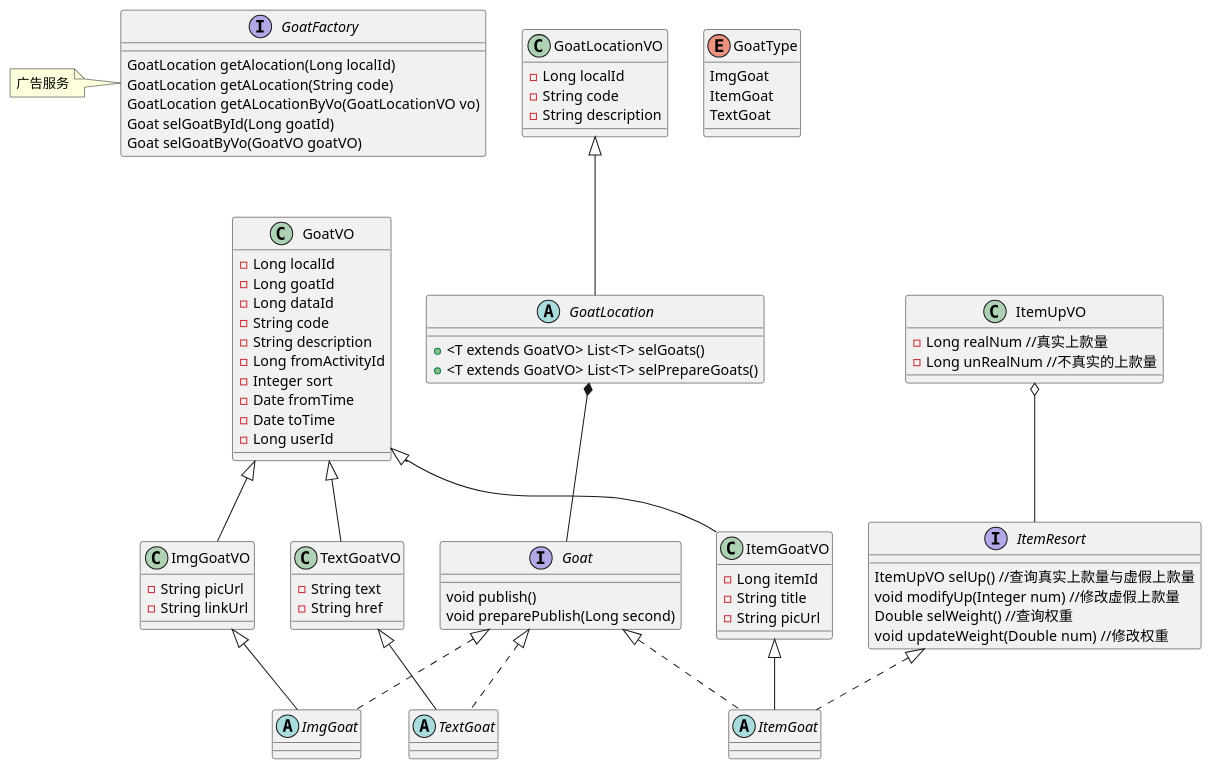
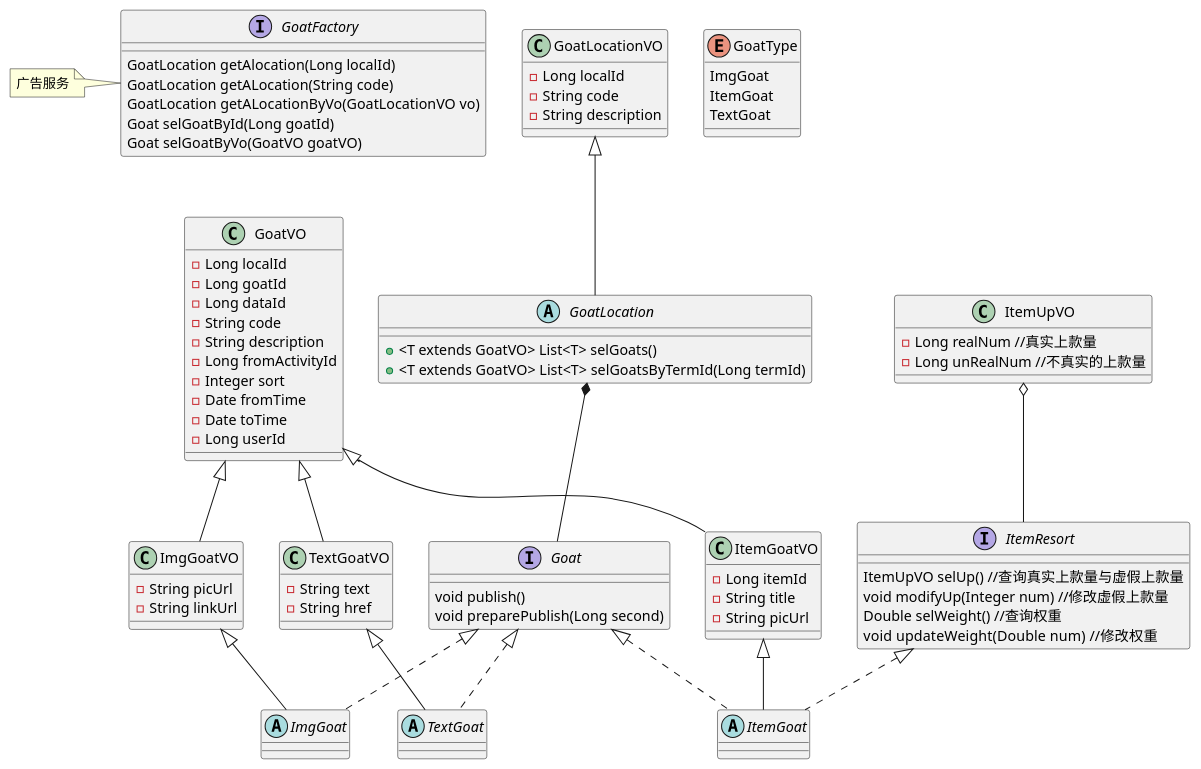
Before and after one commit to pogy/main-pom: the diagram in main4-spread/main4-spread-api/src/main/resources/goat_class.puml, drawn with PlantUML. The commit also changed 12 other files, not shown here.

```diff
--- a/main4-spread/main4-spread-api/src/main/resources/goat_class.puml
+++ b/main4-spread/main4-spread-api/src/main/resources/goat_class.puml
@@ -1,113 +1,113 @@
 @startuml
 
 class GoatLocationVO{
 -Long localId
 -String code
 -String description
 }
 
 abstract class GoatLocation{
 +<T extends GoatVO> List<T> selGoats()
-+<T extends GoatVO> List<T> selPrepareGoats()
++<T extends GoatVO> List<T> selGoatsByTermId(Long termId)
 }
 
 interface Goat{
 
 void publish()
 void preparePublish(Long second)
 }
 
 enum GoatType{
 ImgGoat
 ItemGoat
 TextGoat
 }
 
 class GoatVO{
 -Long localId
 -Long goatId
 -Long dataId
 -String code
 -String description
 -Long fromActivityId
 -Integer sort
 -Date fromTime
 -Date toTime
 -Long userId
 }
 
 class ImgGoatVO{
 -String picUrl
 -String linkUrl
 }
 
 class TextGoatVO{
 -String text
 -String href
 }
 
 class ItemUpVO{
 -Long realNum //真实上款量
 -Long unRealNum //不真实的上款量
 }
 
 class ItemGoatVO{
 -Long itemId
 -String title
 -String picUrl
 }
 
 abstract class ImgGoat{
 
 }
 
 abstract class ItemGoat{
 
 }
 
 abstract class TextGoat{
 
 }
 
 interface ItemResort{
 ItemUpVO selUp() //查询真实上款量与虚假上款量
 void modifyUp(Integer num) //修改虚假上款量
 Double selWeight() //查询权重
 void updateWeight(Double num)  //修改权重
 }
 
 GoatLocationVO <|-- GoatLocation
 
 GoatLocation *-- Goat
 
 Goat <|.. ImgGoat
 
 Goat <|.. ItemGoat
 
 Goat <|.. TextGoat
 
 GoatVO <|-- ImgGoatVO
 GoatVO <|-- ItemGoatVO
 GoatVO <|-- TextGoatVO
 
 ImgGoatVO <|-- ImgGoat
 
 ItemGoatVO <|-- ItemGoat
 
 TextGoatVO <|-- TextGoat
 
 ItemResort <|.. ItemGoat
 
 ItemUpVO o-- ItemResort
 
 interface GoatFactory{
 GoatLocation getAlocation(Long localId)
 GoatLocation getALocation(String code)
 GoatLocation getALocationByVo(GoatLocationVO vo)
 Goat selGoatById(Long goatId)
 Goat selGoatByVo(GoatVO goatVO)
 }
 
 note left of GoatFactory:广告服务
 
 @enduml
```
